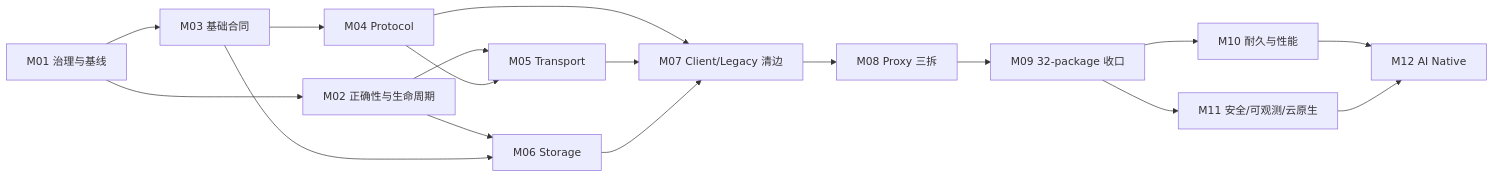
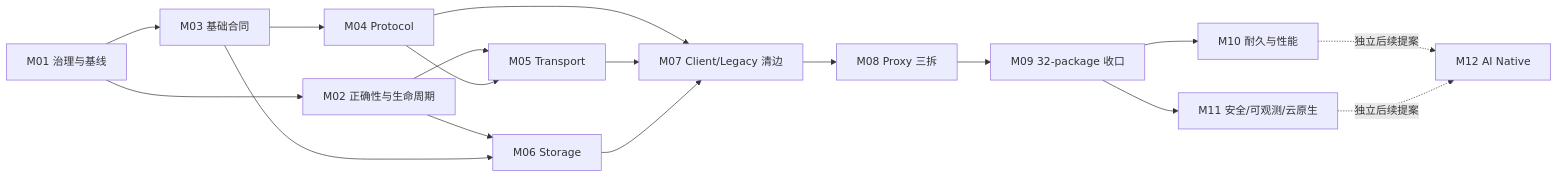
One commit to mxsm/rocketmq-rust changed the diagram in docs/plans/architecture-refactor-migration/README.md. Above: the diagram before and after it, drawn with Mermaid. The commit also changed other lines of this file and 7 other files, not shown here.

````diff
--- a/docs/plans/architecture-refactor-migration/README.md
+++ b/docs/plans/architecture-refactor-migration/README.md
@@ -113,19 +120,19 @@
 ```mermaid
 flowchart LR
     M01["M01 治理与基线"] --> M02["M02 正确性与生命周期"]
     M01 --> M03["M03 基础合同"]
     M03 --> M04["M04 Protocol"]
     M02 --> M05["M05 Transport"]
     M04 --> M05
     M02 --> M06["M06 Storage"]
     M03 --> M06
     M04 --> M07["M07 Client/Legacy 清边"]
     M05 --> M07
     M06 --> M07
     M07 --> M08["M08 Proxy 三拆"]
     M08 --> M09["M09 32-package 收口"]
     M09 --> M10["M10 耐久与性能"]
     M09 --> M11["M11 安全/可观测/云原生"]
-    M10 --> M12["M12 AI Native"]
-    M11 --> M12
+    M10 -. "独立后续提案" .-> M12["M12 AI Native"]
+    M11 -. "独立后续提案" .-> M12
 ```
````
